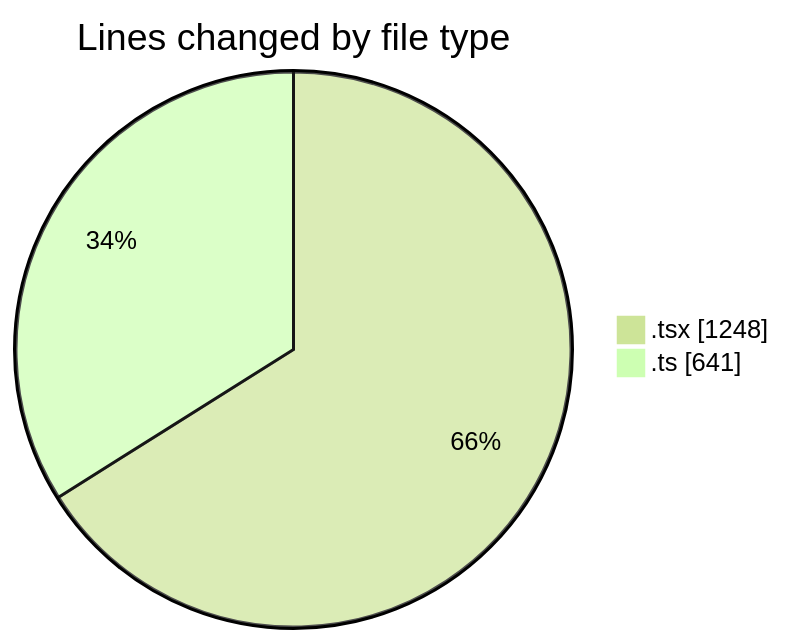
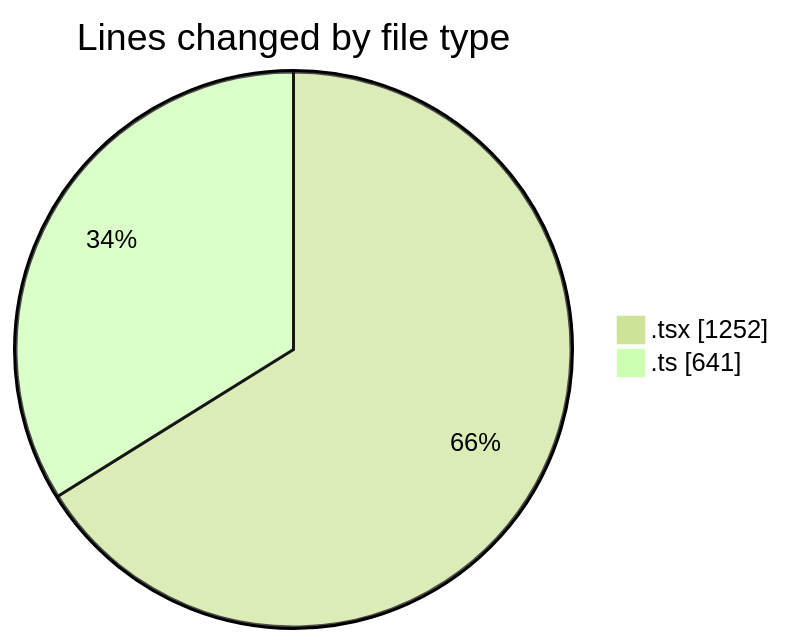
The first of 2 diagrams in 2026-02-24/nxtqube_webapp/README.md (nxtqubesakshisongat/code-tracking), drawn with Mermaid (forest theme) before and after one commit. The commit also changed other lines of this file and 1 other file, not shown here.

````diff
--- a/2026-02-24/nxtqube_webapp/README.md
+++ b/2026-02-24/nxtqube_webapp/README.md
@@ -25,6 +25,6 @@
 ```mermaid
 pie showData
 title Lines changed by file type
-".tsx" : 1248
+".tsx" : 1252
 ".ts" : 641
 ```
````
